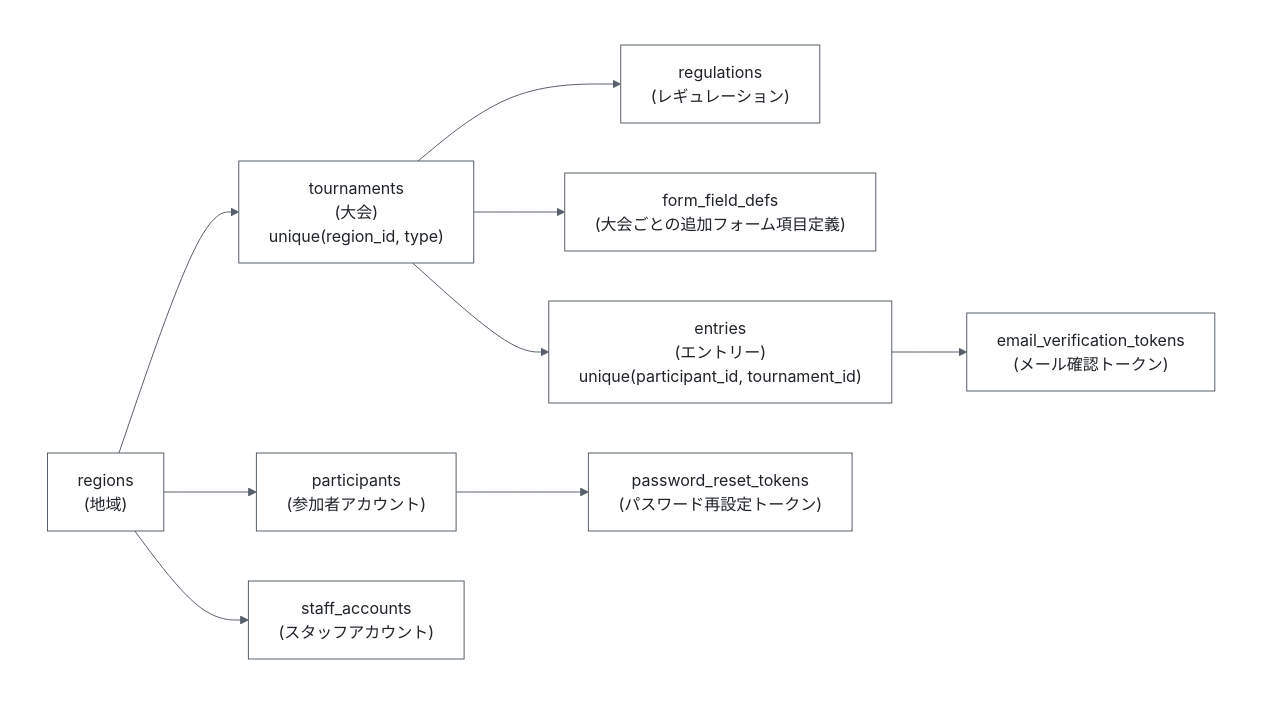
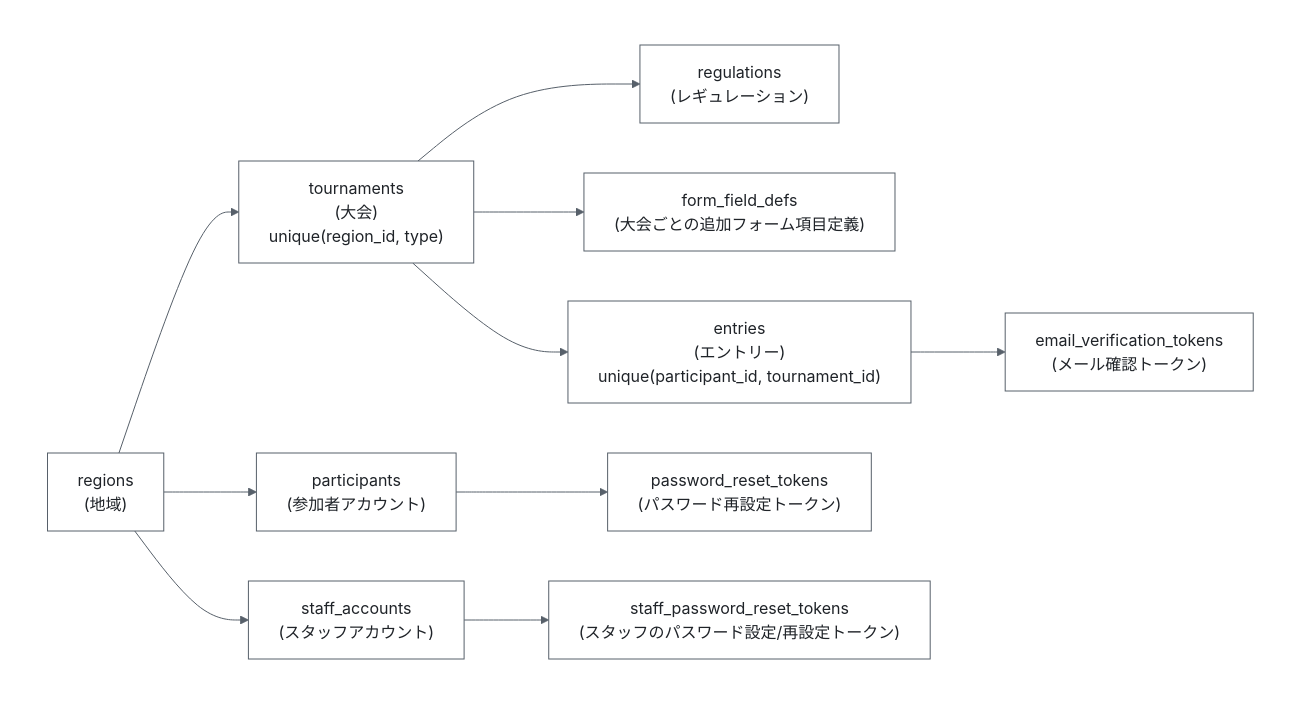
The first of 2 diagrams in docs/database-schema.md (m-uesaka/regional-quiz-entry-form), drawn with Mermaid before and after one commit. The commit also changed other lines of this file and 18 other files, not shown here.

````diff
--- a/docs/database-schema.md
+++ b/docs/database-schema.md
@@ -12,27 +12,29 @@
 ```mermaid
 %%{init: {'theme':'base','flowchart':{'wrappingWidth':400},'themeVariables':{'background':'#ffffff','mainBkg':'#ffffff','primaryColor':'#ffffff','primaryTextColor':'#1f2328','primaryBorderColor':'#57606a','secondaryColor':'#ffffff','tertiaryColor':'#ffffff','lineColor':'#57606a','textColor':'#1f2328','edgeLabelBackground':'#ffffff','clusterBkg':'#ffffff','clusterBorder':'#ffffff'}}}%%
 flowchart LR
   %% ダーク表示でも背景を白に固定するため、図全体を白塗りの subgraph で包んでいる
   subgraph bg[" "]
   direction LR
   regions["regions<br>(地域)"]
   tournaments["tournaments<br>(大会)<br>unique(region_id, type)"]
   regulations["regulations<br>(レギュレーション)"]
   form_field_defs["form_field_defs<br>(大会ごとの追加フォーム項目定義)"]
   entries["entries<br>(エントリー)<br>unique(participant_id, tournament_id)"]
   email_verification_tokens["email_verification_tokens<br>(メール確認トークン)"]
   participants["participants<br>(参加者アカウント)"]
   password_reset_tokens["password_reset_tokens<br>(パスワード再設定トークン)"]
   staff_accounts["staff_accounts<br>(スタッフアカウント)"]
+  staff_password_reset_tokens["staff_password_reset_tokens<br>(スタッフのパスワード設定/再設定トークン)"]
 
   regions --> tournaments
   regions --> participants
   regions --> staff_accounts
   tournaments --> regulations
   tournaments --> form_field_defs
   tournaments --> entries
   entries --> email_verification_tokens
   participants --> password_reset_tokens
+  staff_accounts --> staff_password_reset_tokens
   end
   style bg fill:#ffffff,stroke:#ffffff
 ```
````
